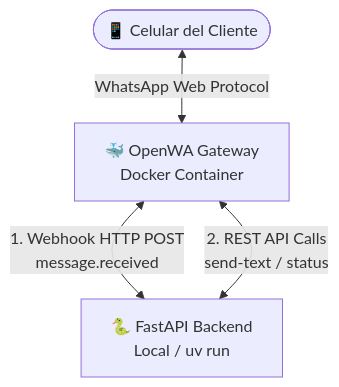
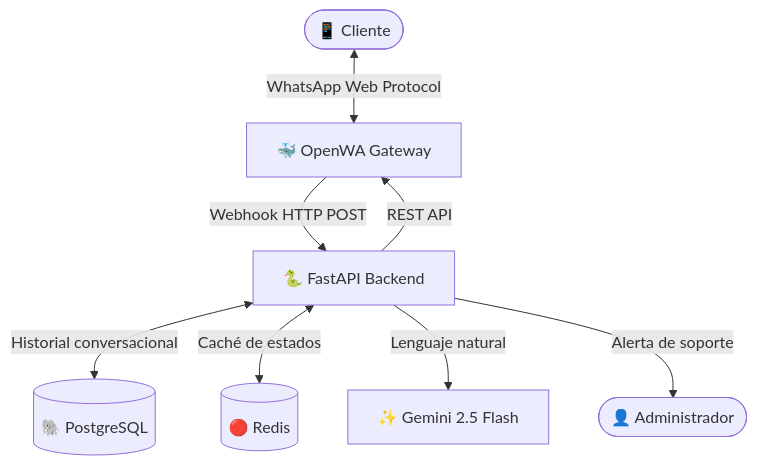
The diagram in README.md (lvanegast/auto_whats), drawn with Mermaid before and after one commit. The commit also changed other lines of this file and 6 other files, not shown here.

````diff
--- a/README.md
+++ b/README.md
@@ -11,6 +9,10 @@
 ```mermaid
 graph TD
-    User([📱 Celular del Cliente]) <-->|WhatsApp Web Protocol| Gateway[🐳 OpenWA Gateway <br> Docker Container]
-    Gateway <-->|1. Webhook HTTP POST <br> message.received| Backend[🐍 FastAPI Backend <br> Local / uv run]
-    Backend <-->|2. REST API Calls <br> send-text / status| Gateway
+    User([📱 Cliente]) <-->|WhatsApp Web Protocol| GW[🐳 OpenWA Gateway]
+    GW -->|Webhook HTTP POST| App[🐍 FastAPI Backend]
+    App -->|REST API| GW
+    App <-->|Historial conversacional| PG[(🐘 PostgreSQL)]
+    App <-->|Caché de estados| RD[(🔴 Redis)]
+    App -->|Lenguaje natural| AI[✨ Gemini 2.5 Flash]
+    App -->|Alerta de soporte| Admin([👤 Administrador])
 ```
````
